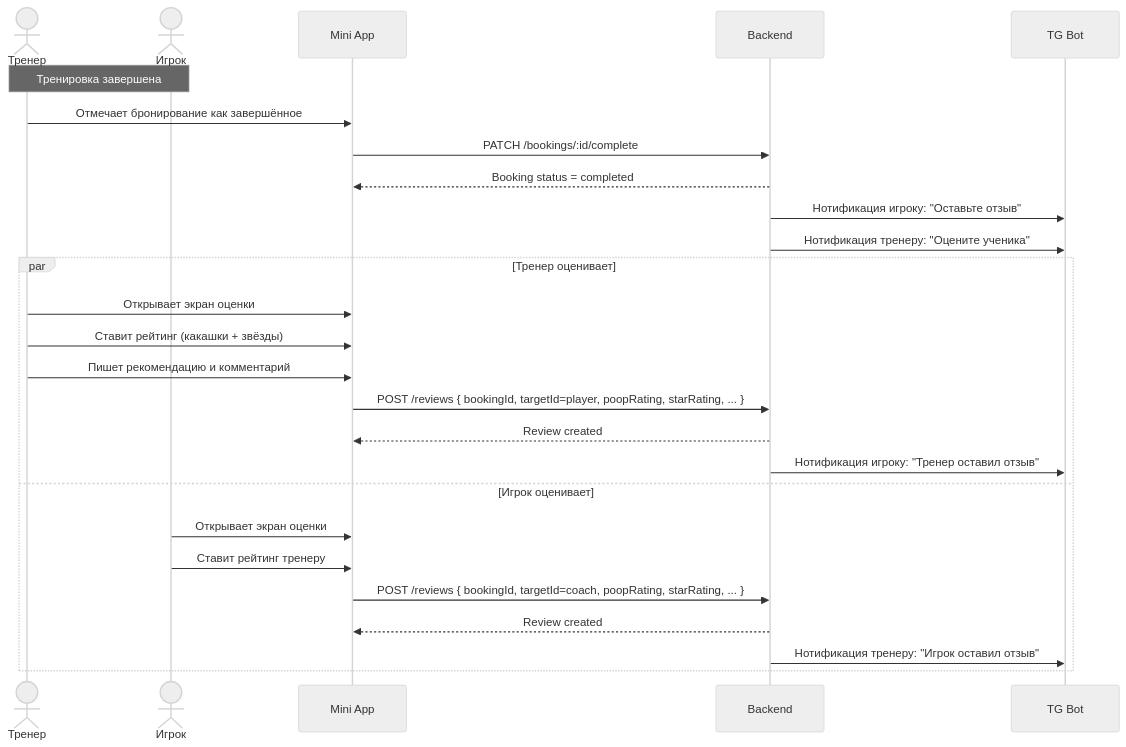
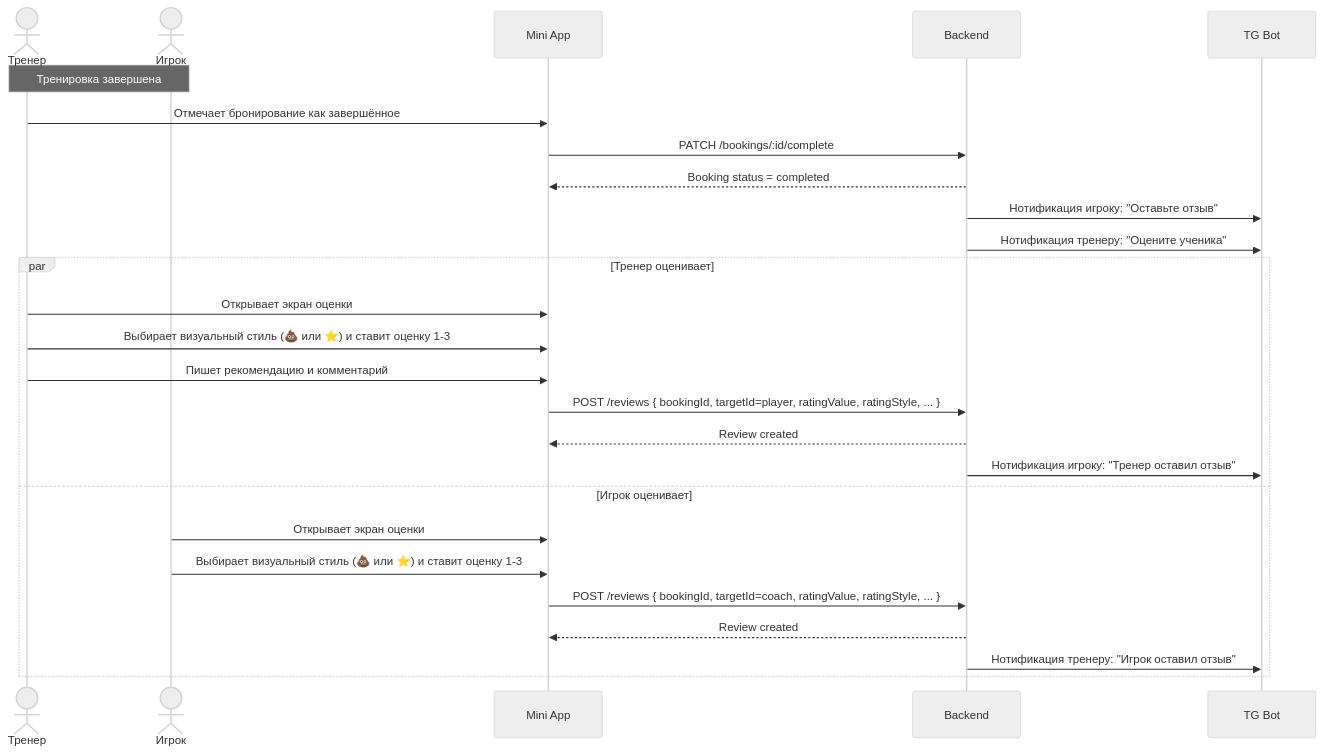
One commit to maxism/woof-tennis changed the tenth of 11 diagrams in docs/04-user-flows.md. Above: the diagram before and after it, drawn with Mermaid (neutral theme). The commit also changed other lines of this file and 16 other files, not shown here.

````diff
--- a/docs/04-user-flows.md
+++ b/docs/04-user-flows.md
@@ -270,31 +270,31 @@
 ```mermaid
 sequenceDiagram
     actor C as Тренер
     actor P as Игрок
     participant MA as Mini App
     participant API as Backend
     participant Bot as TG Bot
 
     Note over C,P: Тренировка завершена
     C->>MA: Отмечает бронирование как завершённое
     MA->>API: PATCH /bookings/:id/complete
     API-->>MA: Booking status = completed
 
     API->>Bot: Нотификация игроку: "Оставьте отзыв"
     API->>Bot: Нотификация тренеру: "Оцените ученика"
 
     par Тренер оценивает
         C->>MA: Открывает экран оценки
-        C->>MA: Ставит рейтинг (какашки + звёзды)
+        C->>MA: Выбирает визуальный стиль (💩 или ⭐) и ставит оценку 1-3
         C->>MA: Пишет рекомендацию и комментарий
-        MA->>API: POST /reviews { bookingId, targetId=player, poopRating, starRating, ... }
+        MA->>API: POST /reviews { bookingId, targetId=player, ratingValue, ratingStyle, ... }
         API-->>MA: Review created
         API->>Bot: Нотификация игроку: "Тренер оставил отзыв"
     and Игрок оценивает
         P->>MA: Открывает экран оценки
-        P->>MA: Ставит рейтинг тренеру
-        MA->>API: POST /reviews { bookingId, targetId=coach, poopRating, starRating, ... }
+        P->>MA: Выбирает визуальный стиль (💩 или ⭐) и ставит оценку 1-3
+        MA->>API: POST /reviews { bookingId, targetId=coach, ratingValue, ratingStyle, ... }
         API-->>MA: Review created
         API->>Bot: Нотификация тренеру: "Игрок оставил отзыв"
     end
 ```
````
